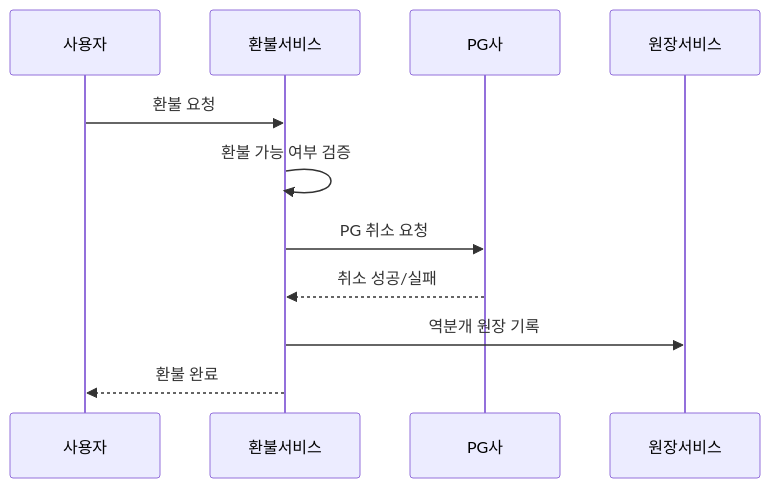
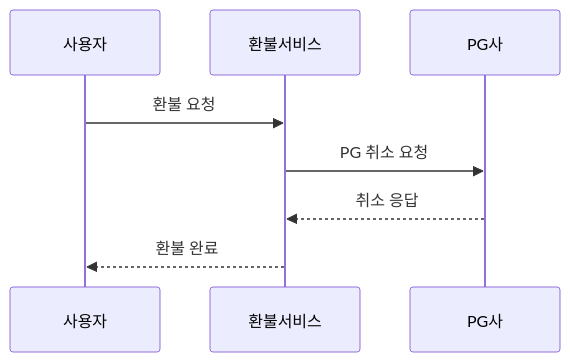
The fourth of 6 diagrams in _posts/systemdesign/2026-05-03-system-design-payment.md (yjkim2015/yjkim2015.github.io), drawn with Mermaid before and after one commit. The commit also changed other lines of this file and 155 other files, not shown here.

First line of the commit message:
Mermaid 전면 수정: subgraph 제거, participant/노드/줄수 축소 (342블록)

````diff
--- a/_posts/systemdesign/2026-05-03-system-design-payment.md
+++ b/_posts/systemdesign/2026-05-03-system-design-payment.md
@@ -351,13 +345,10 @@
 ```mermaid
 sequenceDiagram
     participant U as 사용자
     participant RS as 환불서비스
     participant PG as PG사
-    participant LS as 원장서비스
     U->>RS: 환불 요청
-    RS->>RS: 환불 가능 여부 검증
     RS->>PG: PG 취소 요청
-    PG-->>RS: 취소 성공/실패
-    RS->>LS: 역분개 원장 기록
+    PG-->>RS: 취소 응답
     RS-->>U: 환불 완료
 ```
````
